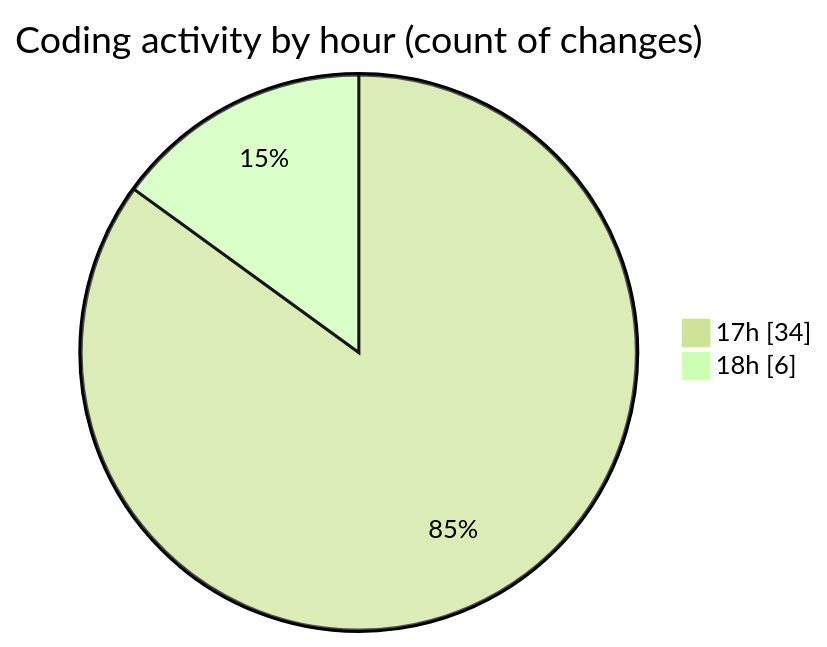
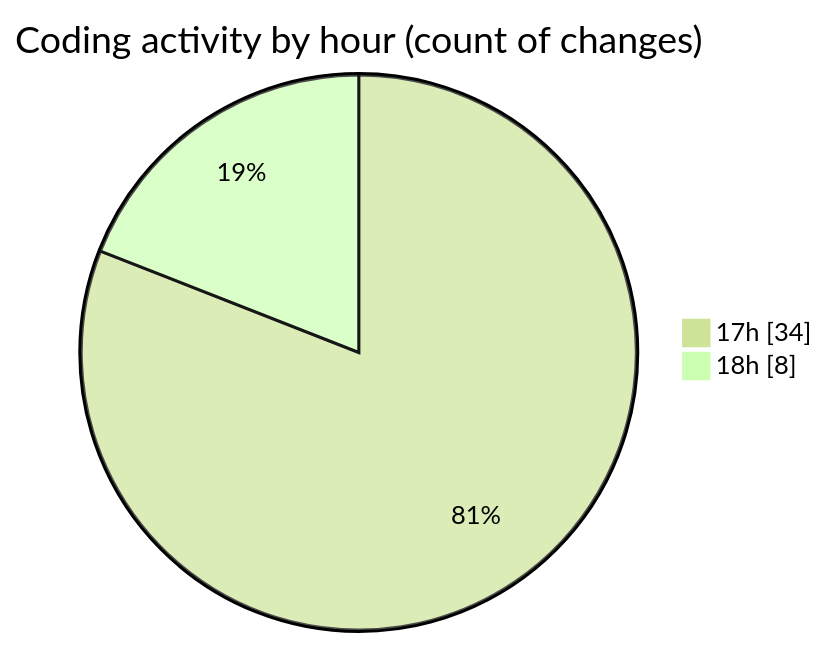
The second of 2 diagrams in 2025-08-03/boz-rat/README.md (lephambinh05/code-tracking), drawn with Mermaid (forest theme) before and after one commit. The commit also changed other lines of this file and 1 other file, not shown here.

````diff
--- a/2025-08-03/boz-rat/README.md
+++ b/2025-08-03/boz-rat/README.md
@@ -49,6 +49,6 @@
 ```mermaid
 pie showData
 title Coding activity by hour (count of changes)
 "17h" : 34
-"18h" : 6
+"18h" : 8
 ```
````
